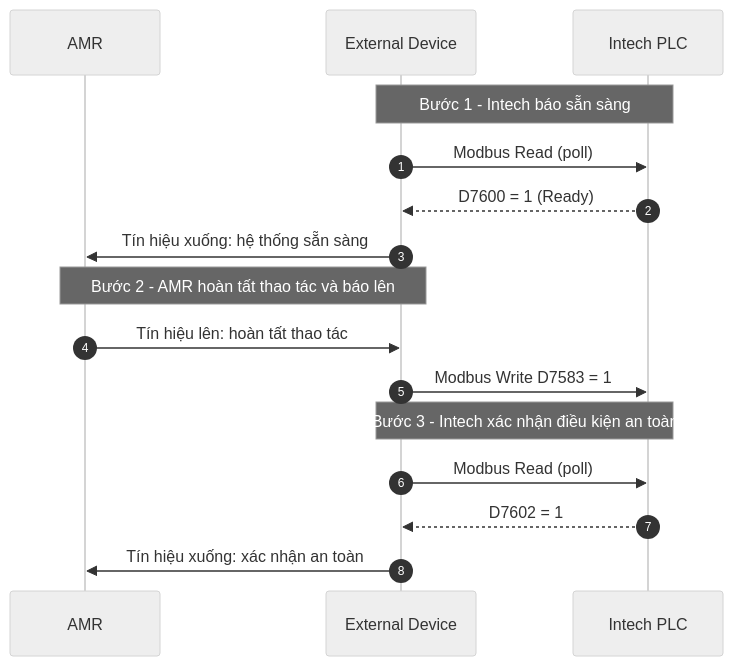
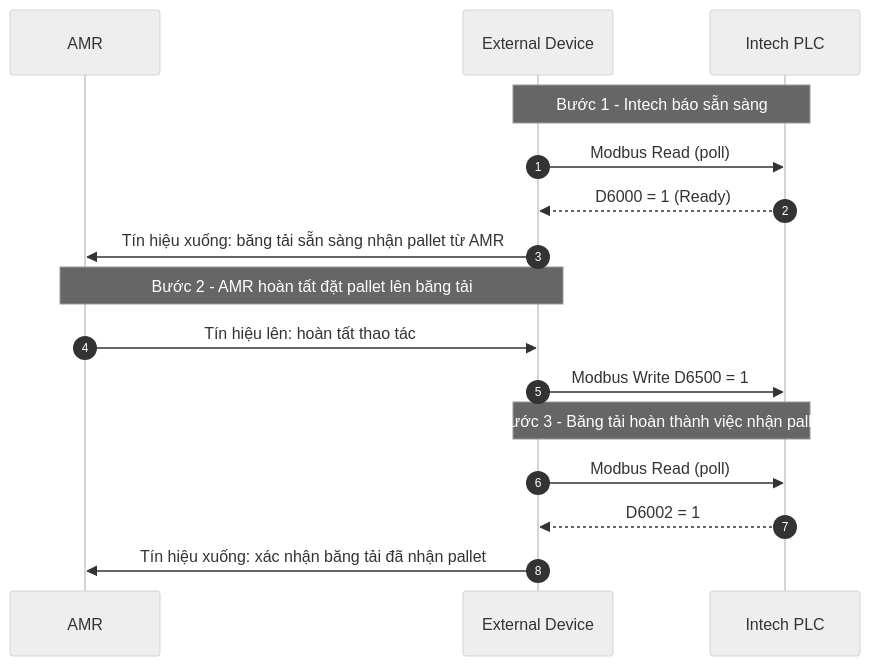
One commit to MinhLong-123/DensoPLCFlow changed the fourth of 4 diagrams in AMR_Intech_Modbus_Sequence.md. Above: the diagram before and after it, drawn with Mermaid (neutral theme).

Commit message:
Add AMR Intech Modbus sequence document

````diff
--- a/AMR_Intech_Modbus_Sequence.md
+++ b/AMR_Intech_Modbus_Sequence.md
@@ -221,21 +221,21 @@
 ```mermaid
 sequenceDiagram
     autonumber
     participant AMR as AMR
     participant ExtDev as External Device
     participant Intech as Intech PLC
 
     Note over ExtDev,Intech: Bước 1 - Intech báo sẵn sàng
     ExtDev->>Intech: Modbus Read (poll)
-    Intech-->>ExtDev: D7600 = 1 (Ready)
-    ExtDev->>AMR: Tín hiệu xuống: hệ thống sẵn sàng
+    Intech-->>ExtDev: D6000 = 1 (Ready)
+    ExtDev->>AMR: Tín hiệu xuống: băng tải sẵn sàng nhận pallet từ AMR
 
-    Note over AMR,ExtDev: Bước 2 - AMR hoàn tất thao tác và báo lên
+    Note over AMR,ExtDev: Bước 2 - AMR hoàn tất đặt pallet lên băng tải
     AMR->>ExtDev: Tín hiệu lên: hoàn tất thao tác
-    ExtDev->>Intech: Modbus Write D7583 = 1
+    ExtDev->>Intech: Modbus Write D6500 = 1
 
-    Note over ExtDev,Intech: Bước 3 - Intech xác nhận điều kiện an toàn
+    Note over ExtDev,Intech: Bước 3 - Băng tải hoàn thành việc nhận pallet
     ExtDev->>Intech: Modbus Read (poll)
-    Intech-->>ExtDev: D7602 = 1
-    ExtDev->>AMR: Tín hiệu xuống: xác nhận an toàn
+    Intech-->>ExtDev: D6002 = 1
+    ExtDev->>AMR: Tín hiệu xuống: xác nhận băng tải đã nhận pallet
 ```
````
